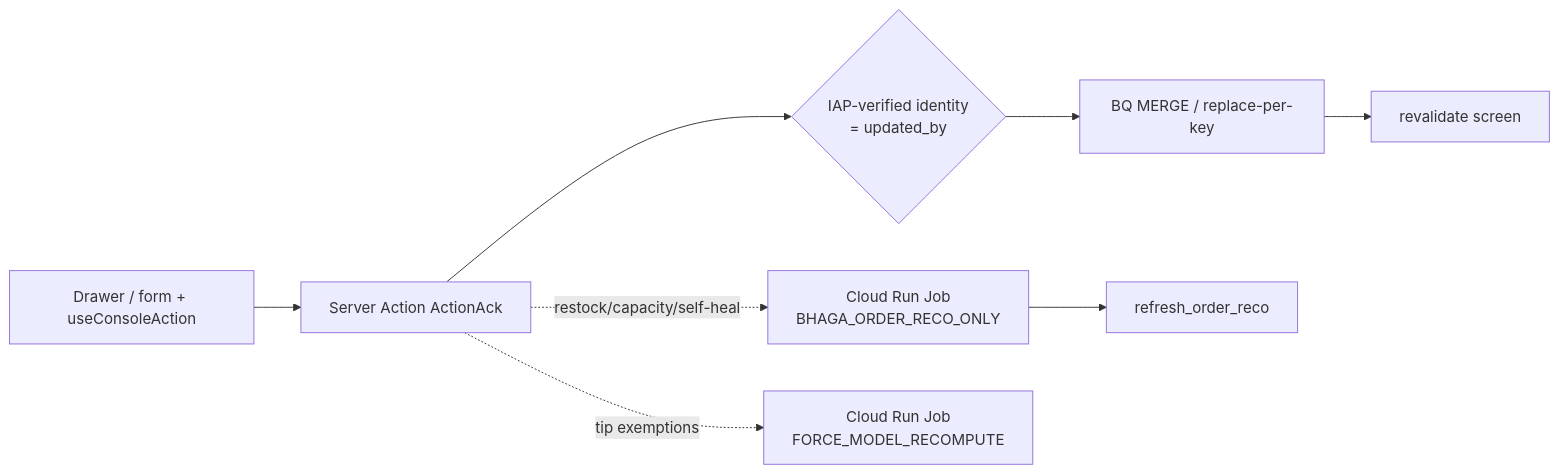
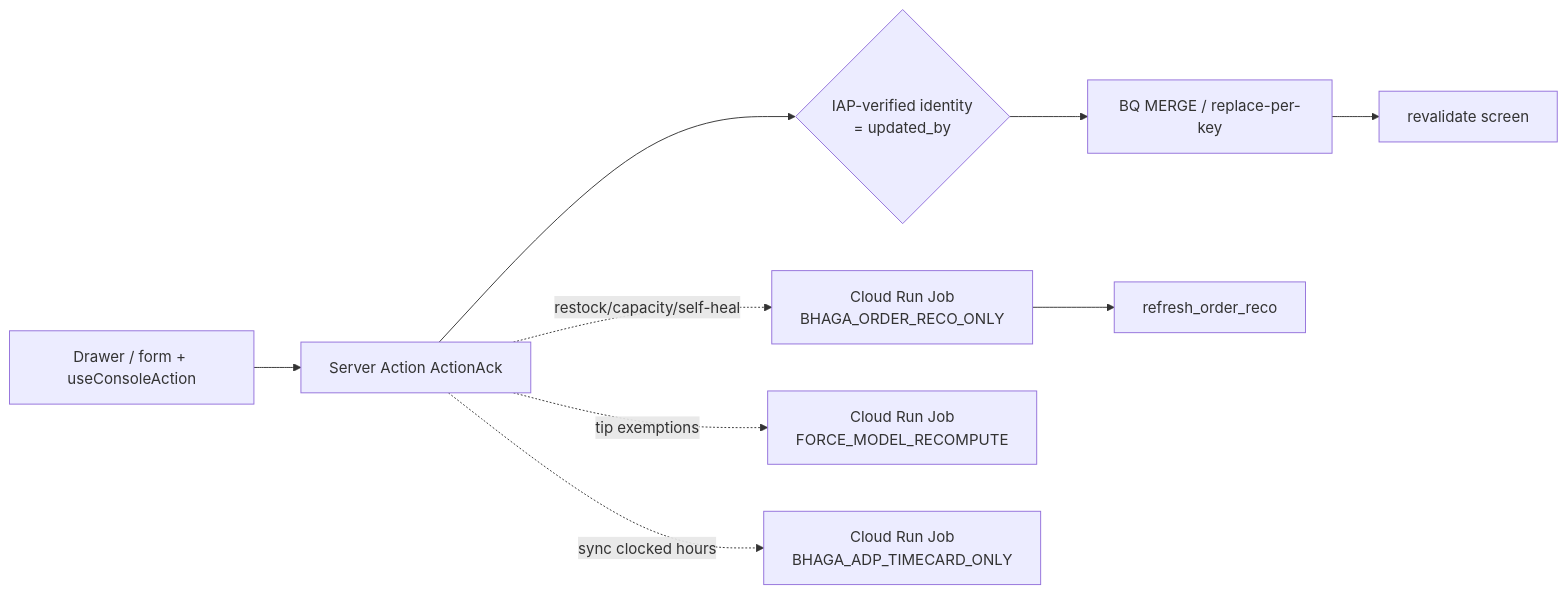
The third of 5 diagrams in docs/operator-console/ARCHITECTURE.md (aditya2kx/jarvis), drawn with Mermaid before and after one commit. The commit also changed other lines of this file and 58 other files, not shown here.

````diff
--- a/docs/operator-console/ARCHITECTURE.md
+++ b/docs/operator-console/ARCHITECTURE.md
@@ -184,10 +184,11 @@
 ```mermaid
 flowchart LR
   UI[Drawer / form + useConsoleAction] --> SA[Server Action ActionAck]
   SA --> AU{IAP-verified identity\n= updated_by}
   AU --> M[BQ MERGE / replace-per-key]
   M --> OK[revalidate screen]
   SA -. restock/capacity/self-heal .-> Job[Cloud Run Job\nBHAGA_ORDER_RECO_ONLY]
   SA -. tip exemptions .-> Job2[Cloud Run Job\nFORCE_MODEL_RECOMPUTE]
+  SA -. sync clocked hours .-> Job3[Cloud Run Job\nBHAGA_ADP_TIMECARD_ONLY]
   Job --> RR[refresh_order_reco]
 ```
````
